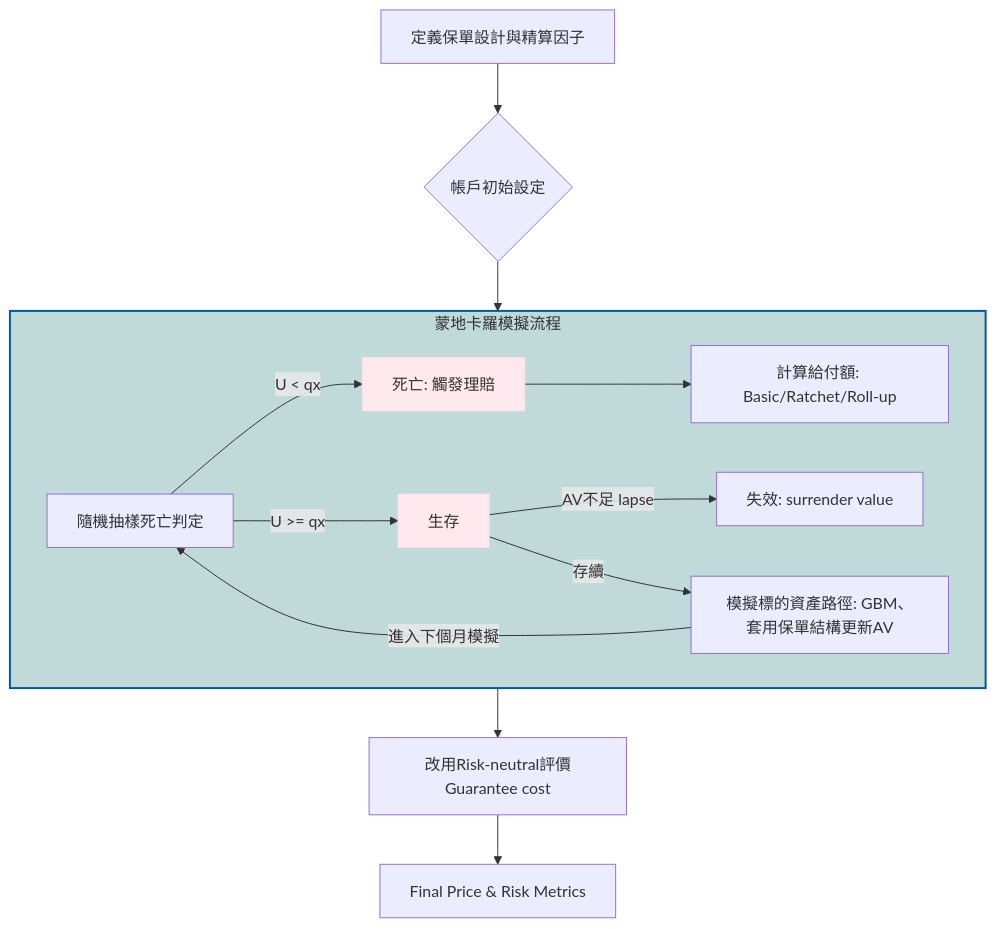
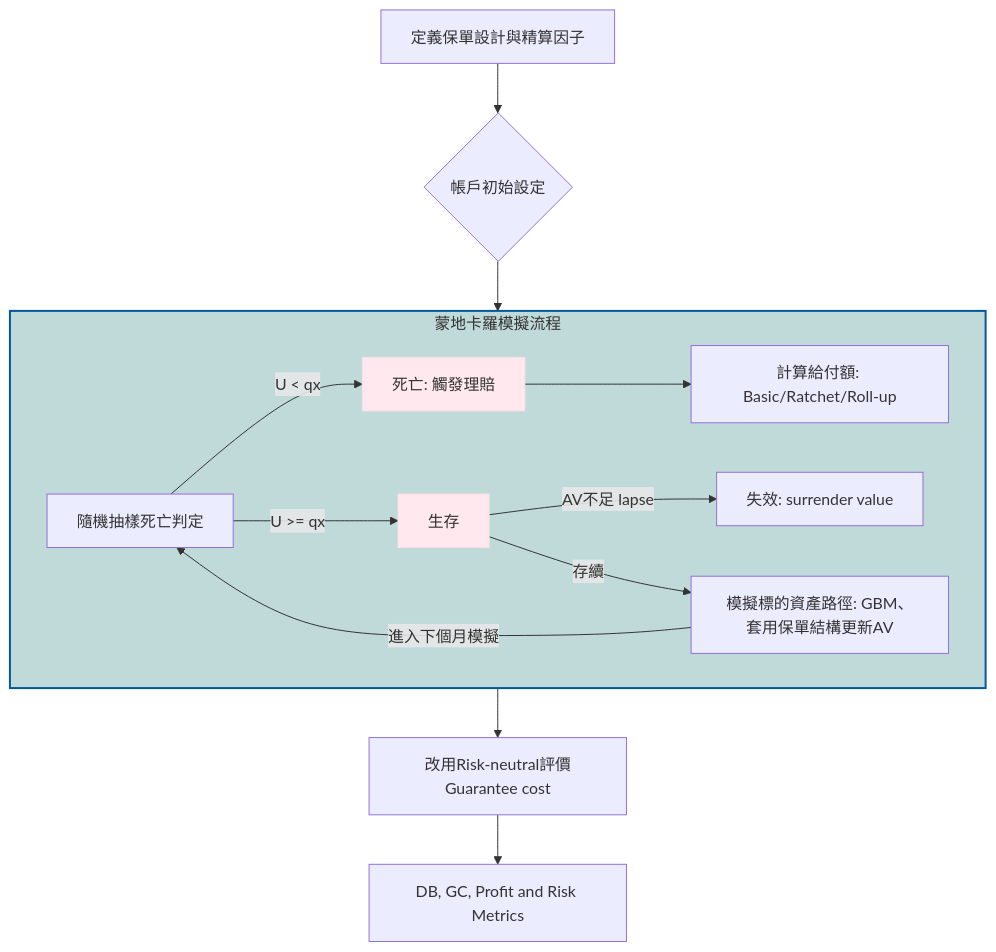
The diagram in README.md (Kai-Yun-Chang/--Simulation-Python), drawn with Mermaid before and after one commit.

````diff
--- a/README.md
+++ b/README.md
@@ -26,22 +26,22 @@
 ```mermaid
 graph TD
     %% 主流程
     Input[定義保單設計與精算因子] --> Mechanism{帳戶初始設定}
     Mechanism --> Simulation[蒙地卡羅模擬流程]
     Simulation --> Risk-neutral[改用Risk-neutral評價Guarantee cost]
-    Risk-neutral --> Result[Final Price & Risk Metrics]
+    Risk-neutral --> Result[DB, GC, Profit and Risk Metrics]
 
     %% 蒙地卡羅詳細步驟 (子圖)
     subgraph Simulation [蒙地卡羅模擬流程]
         S1[隨機抽樣死亡判定] -->|U < qx| Dead[死亡: 觸發理賠]
         S1 -->|U >= qx| Alive[生存]
         Dead --> DB[計算給付額: Basic/Ratchet/Roll-up]
         Alive --> |AV不足 lapse| Lapse[失效: surrender value]
         Alive --> |存續|S2[模擬標的資產路徑: GBM、套用保單結構更新AV]
         S2 --> |進入下個月模擬| S1
     end
 
     style Dead fill:#ffe9ef,stroke:#ffdee7
     style Alive fill:#ffe9ef,stroke:#ffdee7
     style Simulation fill:#c0d9d9,stroke:#01579b,stroke-width:2px
 ```
````
